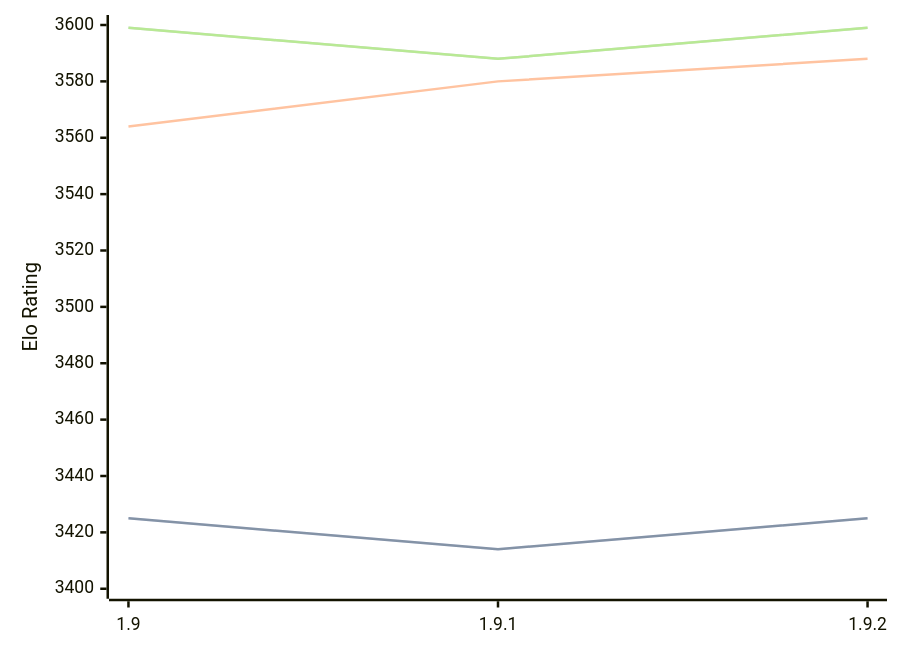
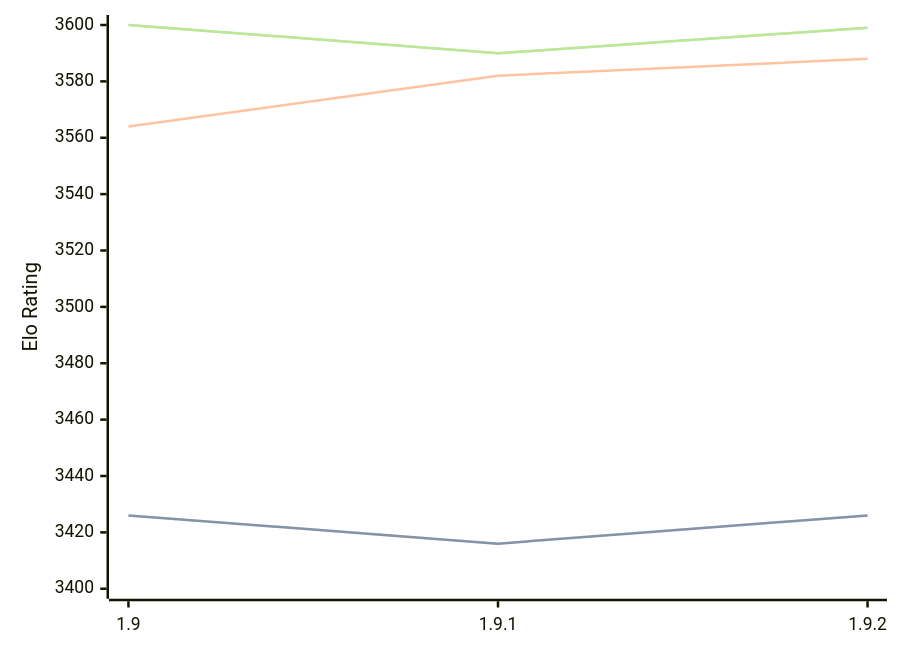
Before and after one commit to computer-chess-index/cci: the diagram in engines/Pawnocchio.md, drawn with Mermaid. The commit also changed other lines of this file, not shown here.

Commit message:
Update CCI Ratings (ELO VLTC) - 2026-05-17

````diff
--- a/engines/Pawnocchio.md
+++ b/engines/Pawnocchio.md
@@ -48,11 +48,11 @@
 ```mermaid
 %%{init: {"theme":"base","themeVariables":{"seriesColors:['#a3a3a3','#222221','#faa371']}}}%%
 xychart-beta
   x-axis ["1.9", "1.9.1", "1.9.2"]
   y-axis "Elo Rating" 3400 --> 3600
-  line "STC (8.0+0.08s)" [3425, 3414, 3425]
-  line "STC (8.0+0.08s)" [3425, 3414, 3425]
-  line "LTC (60.0+0.60s)" [3564, 3580, 3588]
-  line "VLTC (2m24s+1.12s)" [3599, 3588, 3599]
-  line "VLTC (2m24s+1.12s)" [3599, 3588, 3599]
+  line "STC (8.0+0.08s)" [3426, 3416, 3426]
+  line "STC (8.0+0.08s)" [3426, 3416, 3426]
+  line "LTC (60.0+0.60s)" [3564, 3582, 3588]
+  line "VLTC (2m24s+1.12s)" [3600, 3590, 3599]
+  line "VLTC (2m24s+1.12s)" [3600, 3590, 3599]
 ```
````
